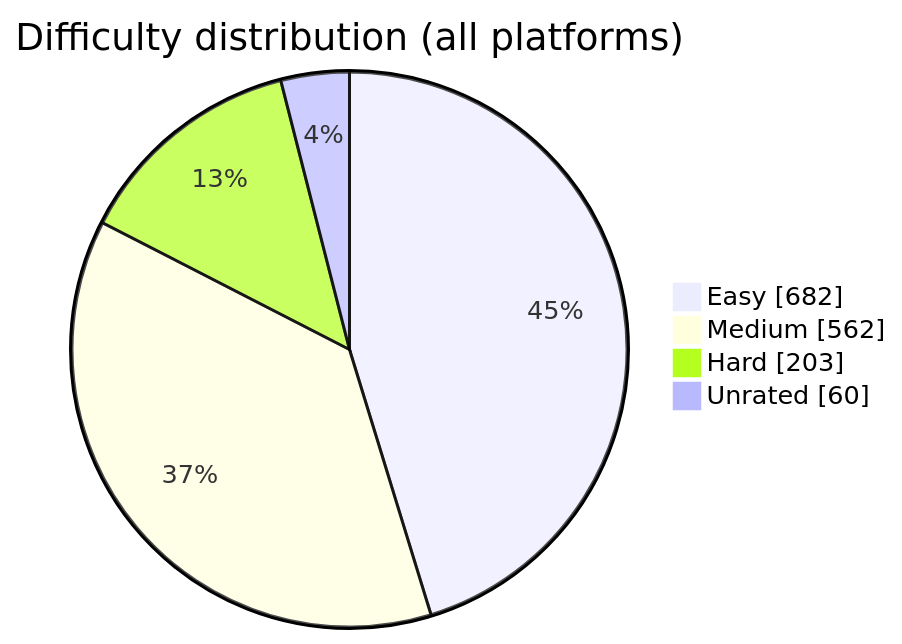
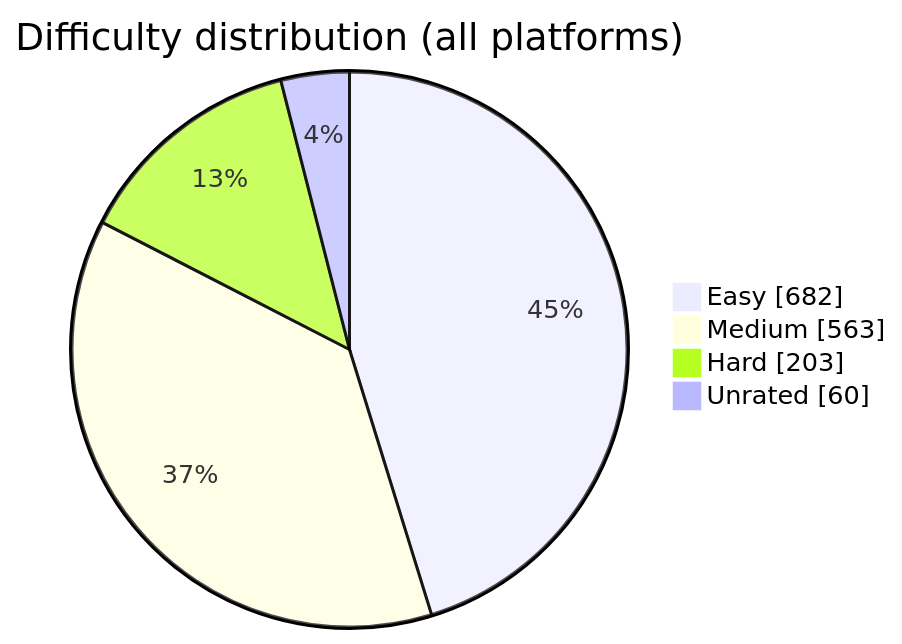
The diagram in README.md (BuildbyArindam/Daily-Coding-Log), drawn with Mermaid before and after one commit. The commit also changed other lines of this file, not shown here.

````diff
--- a/README.md
+++ b/README.md
@@ -93,7 +93,7 @@
 ```mermaid
 pie showData title Difficulty distribution (all platforms)
     "Easy" : 682
-    "Medium" : 562
+    "Medium" : 563
     "Hard" : 203
     "Unrated" : 60
 ```
````
